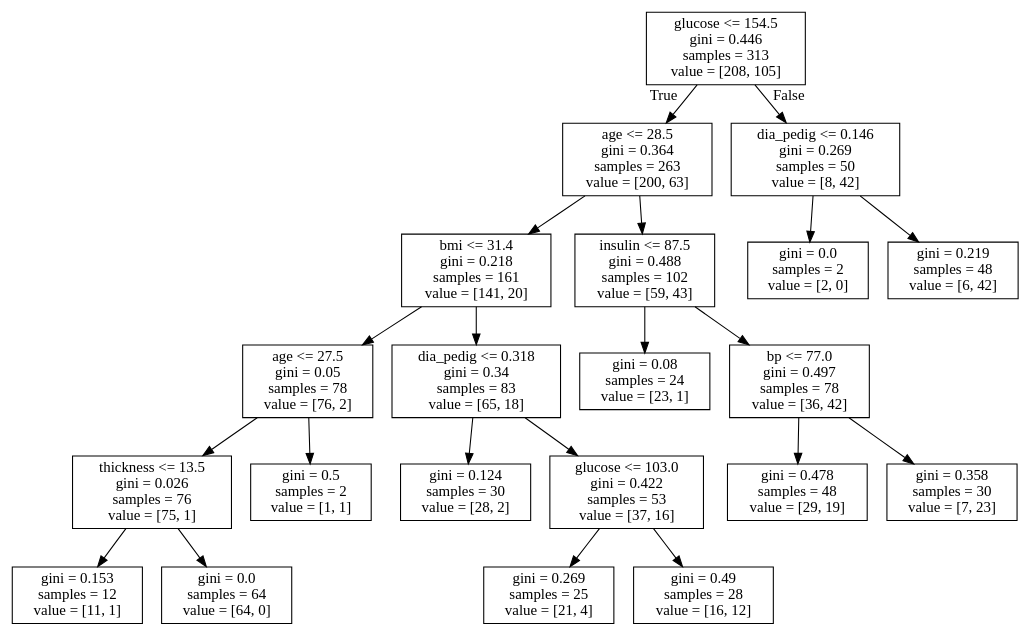
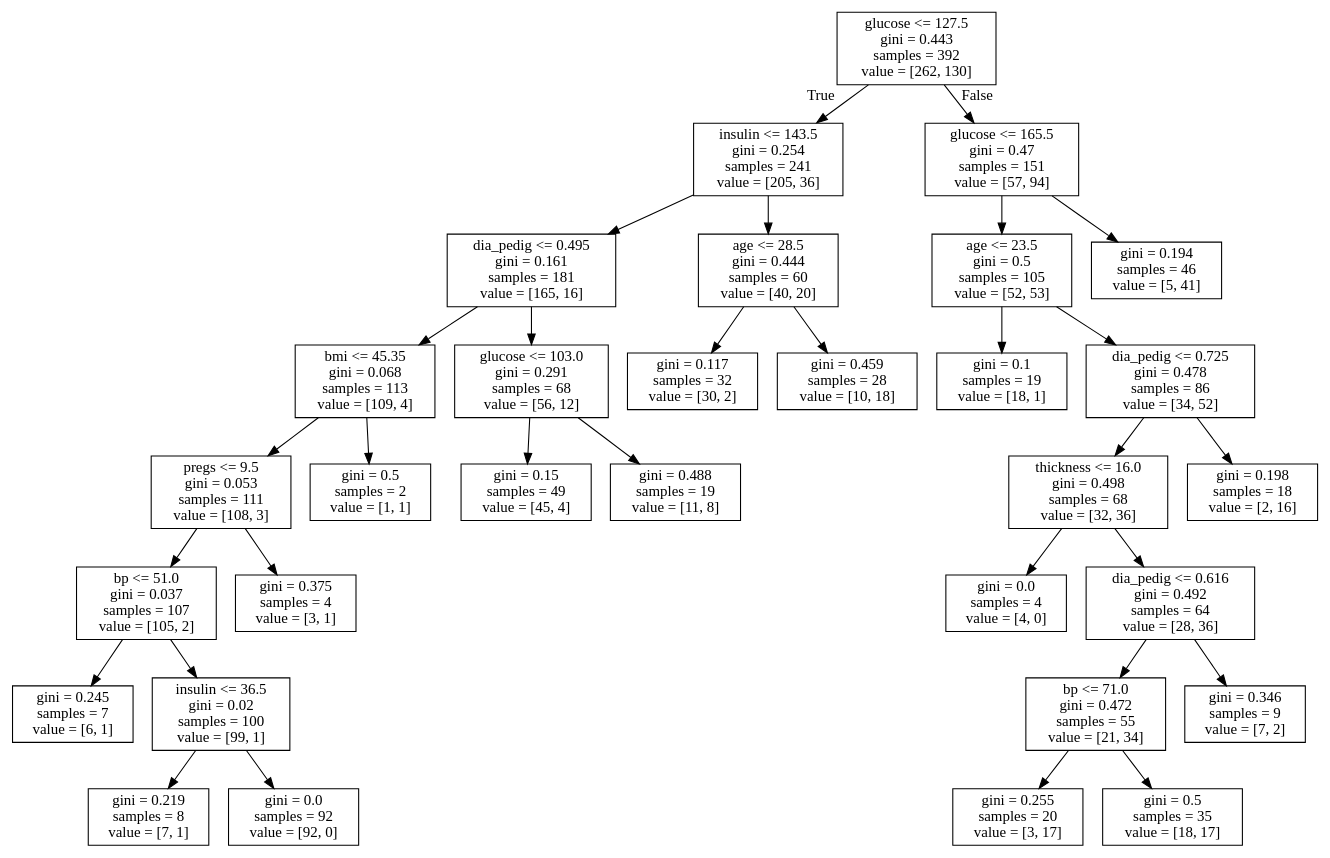
The diagram in tree_gini_fat_indians.dot (Intro-til-Machine-Learning-AHM/Projekt2), drawn with Graphviz before and after one commit. The commit also changed 2 other files, not shown here.

```diff
--- a/tree_gini_fat_indians.dot
+++ b/tree_gini_fat_indians.dot
@@ -1,44 +1,64 @@
 digraph Tree {
 node [shape=box] ;
-0 [label="glucose <= 154.5\ngini = 0.446\nsamples = 313\nvalue = [208, 105]"] ;
-1 [label="age <= 28.5\ngini = 0.364\nsamples = 263\nvalue = [200, 63]"] ;
+0 [label="glucose <= 127.5\ngini = 0.443\nsamples = 392\nvalue = [262, 130]"] ;
+1 [label="insulin <= 143.5\ngini = 0.254\nsamples = 241\nvalue = [205, 36]"] ;
 0 -> 1 [labeldistance=2.5, labelangle=45, headlabel="True"] ;
-2 [label="bmi <= 31.4\ngini = 0.218\nsamples = 161\nvalue = [141, 20]"] ;
+2 [label="dia_pedig <= 0.495\ngini = 0.161\nsamples = 181\nvalue = [165, 16]"] ;
 1 -> 2 ;
-3 [label="age <= 27.5\ngini = 0.05\nsamples = 78\nvalue = [76, 2]"] ;
+3 [label="bmi <= 45.35\ngini = 0.068\nsamples = 113\nvalue = [109, 4]"] ;
 2 -> 3 ;
-4 [label="thickness <= 13.5\ngini = 0.026\nsamples = 76\nvalue = [75, 1]"] ;
+4 [label="pregs <= 9.5\ngini = 0.053\nsamples = 111\nvalue = [108, 3]"] ;
 3 -> 4 ;
-5 [label="gini = 0.153\nsamples = 12\nvalue = [11, 1]"] ;
+5 [label="bp <= 51.0\ngini = 0.037\nsamples = 107\nvalue = [105, 2]"] ;
 4 -> 5 ;
-6 [label="gini = 0.0\nsamples = 64\nvalue = [64, 0]"] ;
-4 -> 6 ;
-7 [label="gini = 0.5\nsamples = 2\nvalue = [1, 1]"] ;
-3 -> 7 ;
-8 [label="dia_pedig <= 0.318\ngini = 0.34\nsamples = 83\nvalue = [65, 18]"] ;
-2 -> 8 ;
-9 [label="gini = 0.124\nsamples = 30\nvalue = [28, 2]"] ;
-8 -> 9 ;
-10 [label="glucose <= 103.0\ngini = 0.422\nsamples = 53\nvalue = [37, 16]"] ;
-8 -> 10 ;
-11 [label="gini = 0.269\nsamples = 25\nvalue = [21, 4]"] ;
-10 -> 11 ;
-12 [label="gini = 0.49\nsamples = 28\nvalue = [16, 12]"] ;
-10 -> 12 ;
-13 [label="insulin <= 87.5\ngini = 0.488\nsamples = 102\nvalue = [59, 43]"] ;
-1 -> 13 ;
-14 [label="gini = 0.08\nsamples = 24\nvalue = [23, 1]"] ;
-13 -> 14 ;
-15 [label="bp <= 77.0\ngini = 0.497\nsamples = 78\nvalue = [36, 42]"] ;
-13 -> 15 ;
-16 [label="gini = 0.478\nsamples = 48\nvalue = [29, 19]"] ;
+6 [label="gini = 0.245\nsamples = 7\nvalue = [6, 1]"] ;
+5 -> 6 ;
+7 [label="insulin <= 36.5\ngini = 0.02\nsamples = 100\nvalue = [99, 1]"] ;
+5 -> 7 ;
+8 [label="gini = 0.219\nsamples = 8\nvalue = [7, 1]"] ;
+7 -> 8 ;
+9 [label="gini = 0.0\nsamples = 92\nvalue = [92, 0]"] ;
+7 -> 9 ;
+10 [label="gini = 0.375\nsamples = 4\nvalue = [3, 1]"] ;
+4 -> 10 ;
+11 [label="gini = 0.5\nsamples = 2\nvalue = [1, 1]"] ;
+3 -> 11 ;
+12 [label="glucose <= 103.0\ngini = 0.291\nsamples = 68\nvalue = [56, 12]"] ;
+2 -> 12 ;
+13 [label="gini = 0.15\nsamples = 49\nvalue = [45, 4]"] ;
+12 -> 13 ;
+14 [label="gini = 0.488\nsamples = 19\nvalue = [11, 8]"] ;
+12 -> 14 ;
+15 [label="age <= 28.5\ngini = 0.444\nsamples = 60\nvalue = [40, 20]"] ;
+1 -> 15 ;
+16 [label="gini = 0.117\nsamples = 32\nvalue = [30, 2]"] ;
 15 -> 16 ;
-17 [label="gini = 0.358\nsamples = 30\nvalue = [7, 23]"] ;
+17 [label="gini = 0.459\nsamples = 28\nvalue = [10, 18]"] ;
 15 -> 17 ;
-18 [label="dia_pedig <= 0.146\ngini = 0.269\nsamples = 50\nvalue = [8, 42]"] ;
+18 [label="glucose <= 165.5\ngini = 0.47\nsamples = 151\nvalue = [57, 94]"] ;
 0 -> 18 [labeldistance=2.5, labelangle=-45, headlabel="False"] ;
-19 [label="gini = 0.0\nsamples = 2\nvalue = [2, 0]"] ;
+19 [label="age <= 23.5\ngini = 0.5\nsamples = 105\nvalue = [52, 53]"] ;
 18 -> 19 ;
-20 [label="gini = 0.219\nsamples = 48\nvalue = [6, 42]"] ;
-18 -> 20 ;
+20 [label="gini = 0.1\nsamples = 19\nvalue = [18, 1]"] ;
+19 -> 20 ;
+21 [label="dia_pedig <= 0.725\ngini = 0.478\nsamples = 86\nvalue = [34, 52]"] ;
+19 -> 21 ;
+22 [label="thickness <= 16.0\ngini = 0.498\nsamples = 68\nvalue = [32, 36]"] ;
+21 -> 22 ;
+23 [label="gini = 0.0\nsamples = 4\nvalue = [4, 0]"] ;
+22 -> 23 ;
+24 [label="dia_pedig <= 0.616\ngini = 0.492\nsamples = 64\nvalue = [28, 36]"] ;
+22 -> 24 ;
+25 [label="bp <= 71.0\ngini = 0.472\nsamples = 55\nvalue = [21, 34]"] ;
+24 -> 25 ;
+26 [label="gini = 0.255\nsamples = 20\nvalue = [3, 17]"] ;
+25 -> 26 ;
+27 [label="gini = 0.5\nsamples = 35\nvalue = [18, 17]"] ;
+25 -> 27 ;
+28 [label="gini = 0.346\nsamples = 9\nvalue = [7, 2]"] ;
+24 -> 28 ;
+29 [label="gini = 0.198\nsamples = 18\nvalue = [2, 16]"] ;
+21 -> 29 ;
+30 [label="gini = 0.194\nsamples = 46\nvalue = [5, 41]"] ;
+18 -> 30 ;
 }
```
